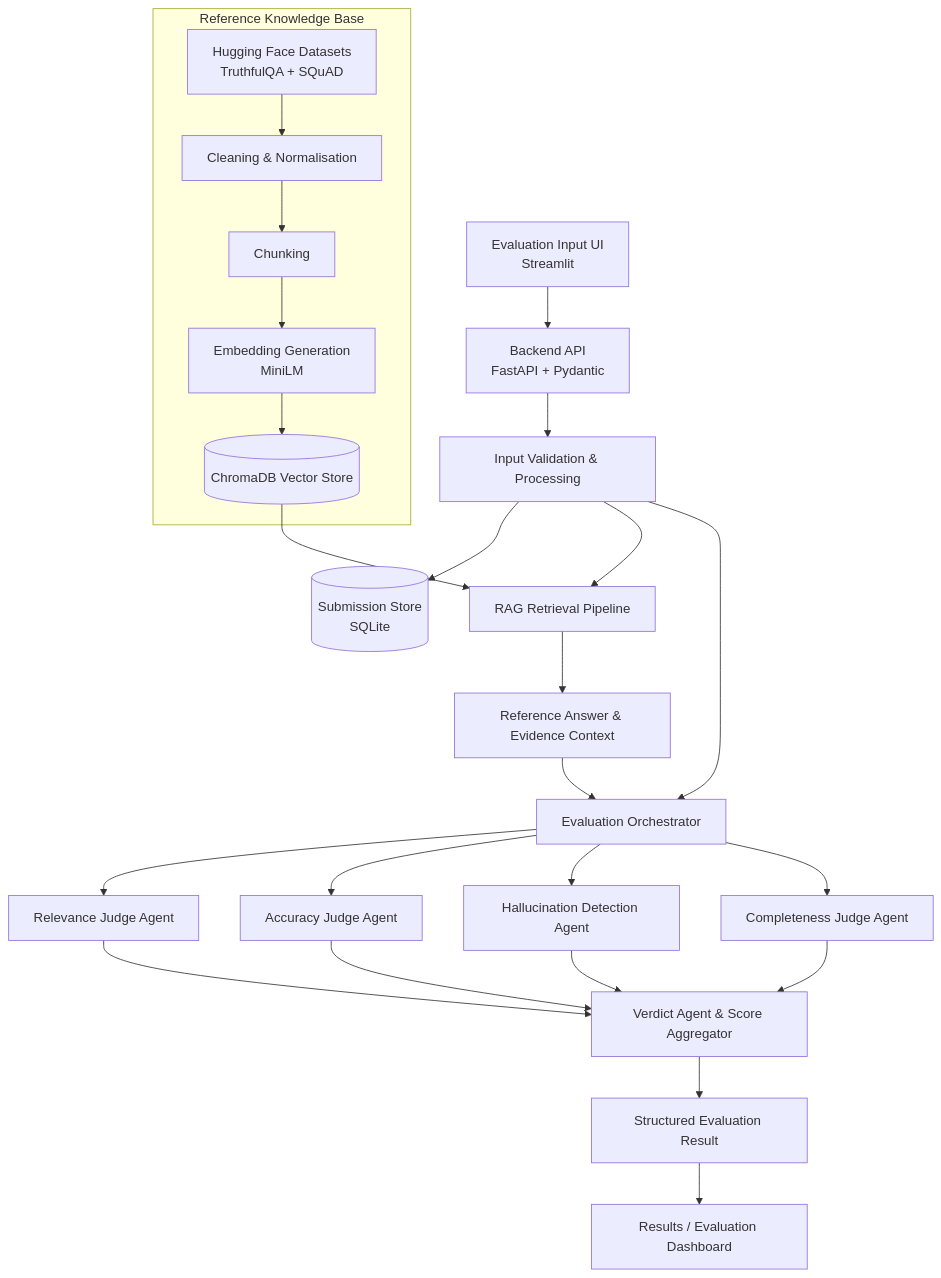
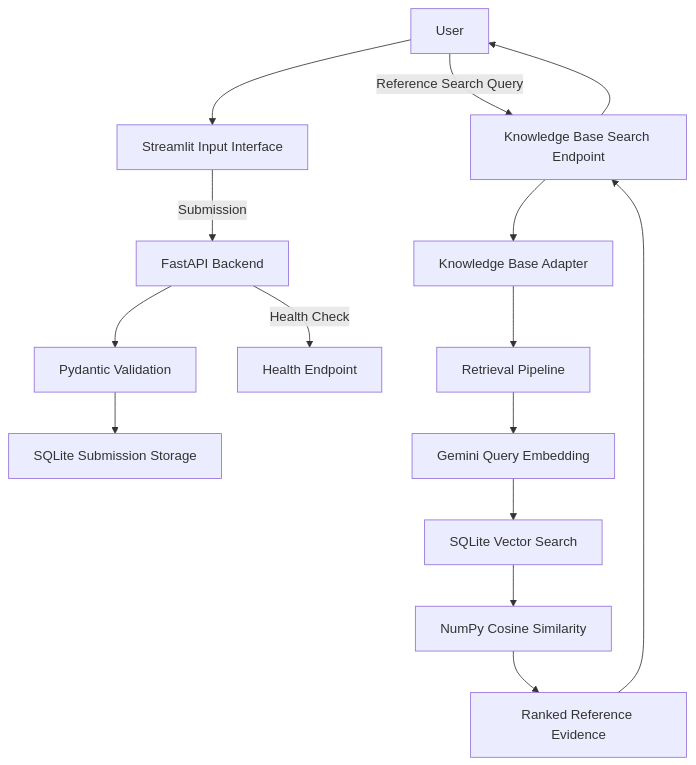
One commit to sanskarcoder29/ai-response-validation changed the first of 2 diagrams in docs/ARCHITECTURE.md. Above: the diagram before and after it, drawn with Mermaid. The commit also changed other lines of this file and 24 other files, not shown here.

````diff
--- a/docs/ARCHITECTURE.md
+++ b/docs/ARCHITECTURE.md
@@ -5,29 +33,24 @@
 ```mermaid
 flowchart TD
-    UI[Evaluation Input UI<br/>Streamlit] --> API[Backend API<br/>FastAPI + Pydantic]
-    API --> VALIDATE[Input Validation & Processing]
-    VALIDATE --> STORE[(Submission Store<br/>SQLite)]
-    VALIDATE --> RETRIEVE[RAG Retrieval Pipeline]
+    U[User] --> UI[Streamlit Input Interface]
 
-    subgraph KB[Reference Knowledge Base]
-        HF[Hugging Face Datasets<br/>TruthfulQA + SQuAD] --> CLEAN[Cleaning & Normalisation]
-        CLEAN --> CHUNK[Chunking]
-        CHUNK --> EMBED[Embedding Generation<br/>MiniLM]
-        EMBED --> VDB[(ChromaDB Vector Store)]
-    end
-    VDB --> RETRIEVE
-    RETRIEVE --> EVIDENCE[Reference Answer & Evidence Context]
+    UI -->|Submission| API[FastAPI Backend]
 
-    EVIDENCE --> ORCH[Evaluation Orchestrator]
-    VALIDATE --> ORCH
-    ORCH --> REL[Relevance Judge Agent]
-    ORCH --> ACC[Accuracy Judge Agent]
-    ORCH --> HAL[Hallucination Detection Agent]
-    ORCH --> COMP[Completeness Judge Agent]
-    REL --> VERDICT[Verdict Agent & Score Aggregator]
-    ACC --> VERDICT
-    HAL --> VERDICT
-    COMP --> VERDICT
-    VERDICT --> RESULT[Structured Evaluation Result]
-    RESULT --> DASH[Results / Evaluation Dashboard]
+    API --> SC[ Pydantic Validation ]
+    SC --> ST[SQLite Submission Storage]
+
+    API -->|Health Check| HC[Health Endpoint]
+
+    U -->|Reference Search Query| KBAPI[Knowledge Base Search Endpoint]
+
+    KBAPI --> KB[Knowledge Base Adapter]
+    KB --> RET[Retrieval Pipeline]
+
+    RET --> QE[Gemini Query Embedding]
+    QE --> VS[SQLite Vector Search]
+    VS --> NP[NumPy Cosine Similarity]
+    NP --> E[Ranked Reference Evidence]
+
+    E --> KBAPI
+    KBAPI --> U
 ```
````
